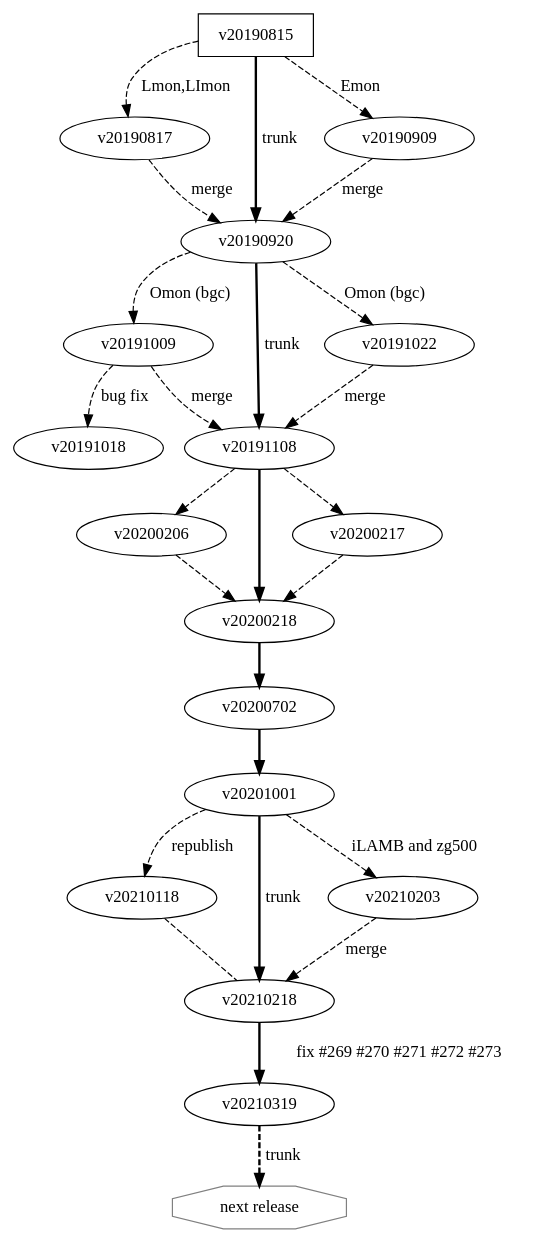
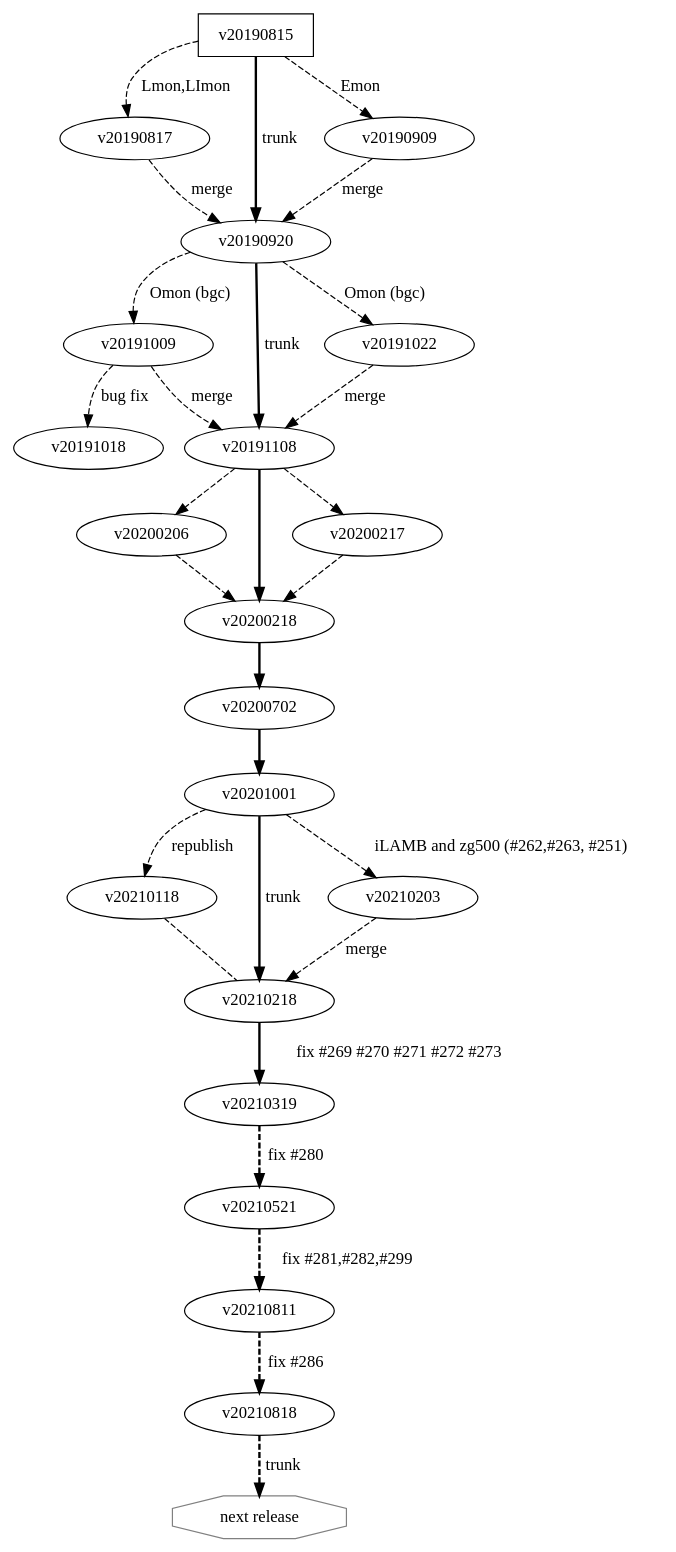
Before and after one commit to NorESMhub/noresm2cmor: the diagram in versions/versions.gv, drawn with Graphviz. The commit also changed 236 other files, not shown here.

```diff
--- a/versions/versions.gv
+++ b/versions/versions.gv
@@ -1,31 +1,34 @@
  digraph G {
    v20190815 [shape=box;label="v20190815"];
+   "next release" [shape=octagon;color=gray;label="next release"];
    //v20190920 [shape=box];
    //v20191108 [shape=box];
    v20190815 -> v20190817 [style=dashed,label="Lmon,LImon"];
    v20190815 -> v20190920 [penwidth=2.0,weight="2",label="trunk"];
    v20190815 -> v20190909 [style=dashed,label="Emon"];
    v20190817 -> v20190920 [style=dashed,label="merge"];
    v20190909 -> v20190920 [style=dashed,label="merge"];
    v20190920 -> v20191009 [style=dashed,weight="1",label="Omon (bgc)"];
    v20190920 -> v20191108 [penwidth=2.0,wegith="2",label="trunk"];
    v20190920 -> v20191022 [style=dashed,weight="1",label="Omon (bgc)"];
    v20191009 -> v20191018 [style=dashed,wegith="1",label="bug fix"];
    v20191009 -> v20191108 [style=dashed,wegith="1",label="merge"];
    v20191022 -> v20191108 [style=dashed,wegith="1",label="merge"];
    v20191108 -> v20200206 [style=dashed,weigth="1"];
    v20200206 -> v20200218 [style=dashed,weigth="1"];
    v20191108 -> v20200218 [penwidth=2.0,weigth="2"];
    v20191108 -> v20200217 [style=dashed,weigth="1"];
    v20200217 -> v20200218 [style=dashed,weigth="1"];
    v20200218 -> v20200702 [penwidth=2.0,weigth="2"];
    v20200702 -> v20201001 [penwidth=2.0,weigth="2"];
    v20201001 -> v20210118 [penwidth=1.0,style=dashed,weigth="1",label="republish"];
    v20210118 -> v20210218 [penwidth=1.0,arrowhead=none,style=dashed,weigth="1"];
    v20201001 -> v20210218 [style=solid,penwidth=2.0,weigth="2",label="trunk"];
-   v20201001 -> v20210203 [penwidth=1.0,style=dashed,weigth="1",label="iLAMB and zg500"];
+   v20201001 -> v20210203 [penwidth=1.0,style=dashed,weigth="1",label="iLAMB and zg500 (#262,#263, #251)"];
    v20210203 -> v20210218 [style=dashed,penwidth=1.0,weigth="1",label="merge"];
    v20210218 -> v20210319 [style=solid,penwidth=2.0,weigth="1",label="fix #269 #270 #271 #272 #273"];
-   "next release" [shape=octagon;color=gray;label="next release"];
-   v20210319 -> "next release" [style=dashed;penwidth=2.0;label="trunk"];
+   v20210319 -> "v20210521" [style=dashed;penwidth=2.0;label="fix #280"];
+   v20210521 -> "v20210811" [style=dashed;penwidth=2.0;label="fix #281,#282,#299"];
+   v20210811 -> "v20210818" [style=dashed;penwidth=2.0;label="fix #286"];
+   v20210818 -> "next release" [style=dashed;penwidth=2.0;label="trunk"];
  }
```
